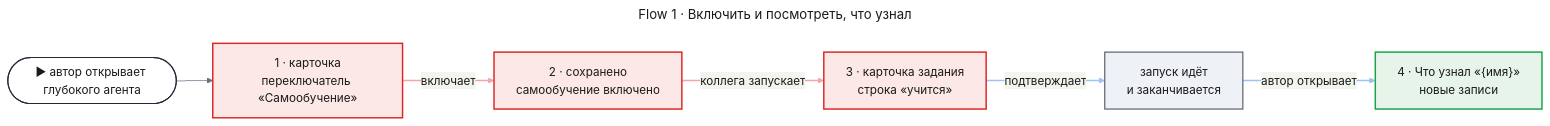
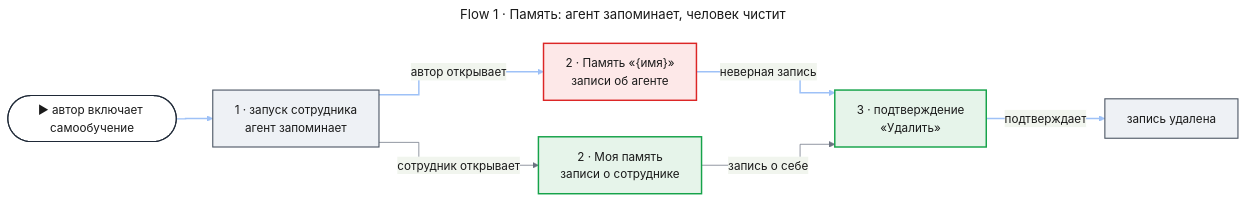
One commit to tundraray/agent-os changed the first of 3 diagrams in docs/features/self-learning/uxrd.md. Above: the diagram before and after it, drawn with Mermaid. The commit also changed other lines of this file and 37 other files, not shown here.

````diff
--- a/docs/features/self-learning/uxrd.md
+++ b/docs/features/self-learning/uxrd.md
@@ -55,46 +54,46 @@
 ```mermaid
 ---
-title: "Flow 1 · Включить и посмотреть, что узнал"
+title: "Flow 1 · Память: агент запоминает, человек чистит"
 config:
   theme: base
   look: classic
   themeVariables:
     primaryColor: "#eef1f5"
     primaryBorderColor: "#4b5563"
     primaryTextColor: "#1a1a1a"
     lineColor: "#6b7280"
   flowchart:
     curve: step
   themeCSS: |
-    @keyframes lit_sl1{0%,22.5%{stroke:#991b1b;stroke-width:6px}25%,100%{stroke:#f4a5a5;stroke-width:2px}}
-    @keyframes litr_sl1{0%,22.5%{stroke:#1d4ed8;stroke-width:6px}25%,100%{stroke:#9ec1f7;stroke-width:2px}}
+    @keyframes litr_slf1{0%,22.5%{stroke:#1d4ed8;stroke-width:6px}25%,100%{stroke:#9ec1f7;stroke-width:2px}}
 ---
 flowchart LR
-    entry(["▶ автор открывает глубокого агента"])
-    flag["1 · карточка<br/>переключатель «Самообучение»"]
-    saved["2 · сохранено<br/>самообучение включено"]
-    task["3 · карточка задания<br/>строка «учится»"]
-    run["запуск идёт<br/>и заканчивается"]
-    screen["4 · Что узнал «{имя}»<br/>новые записи"]
-    entry --> flag
-    flag e1@-->|"включает"| saved
-    saved e2@-->|"коллега запускает"| task
-    task e3@-->|"подтверждает"| run
-    run e4@-->|"автор открывает"| screen
+    entry(["▶ автор включает самообучение"])
+    run["1 · запуск сотрудника<br/>агент запоминает"]
+    agentmem["2 · Память «{имя}»<br/>записи об агенте"]
+    mymem["2 · Моя память<br/>записи о сотруднике"]
+    del["3 · подтверждение<br/>«Удалить»"]
+    done["запись удалена"]
+    entry e1@--> run
+    run e2@-->|"автор открывает"| agentmem
+    run -->|"сотрудник открывает"| mymem
+    agentmem e3@-->|"неверная запись"| del
+    mymem -->|"запись о себе"| del
+    del e4@-->|"подтверждает"| done
     classDef entry fill:#ffffff,stroke:#1f2937,stroke-width:1.5px,color:#1a1a1a
     classDef changed fill:#fde8e8,stroke:#dc2626,stroke-width:2px,color:#1a1a1a
     classDef new fill:#e6f4ea,stroke:#16a34a,stroke-width:2px,color:#1a1a1a
     classDef unchanged fill:#eef1f5,stroke:#4b5563,stroke-width:1.5px,color:#1a1a1a
-    classDef w1 stroke:#f4a5a5,stroke-width:2px,animation:lit_sl1 4.8s linear 0s infinite
-    classDef w2 stroke:#f4a5a5,stroke-width:2px,animation:lit_sl1 4.8s linear 1.2s infinite
-    classDef r1 stroke:#9ec1f7,stroke-width:2px,animation:litr_sl1 4.8s linear 2.4s infinite
-    classDef r2 stroke:#9ec1f7,stroke-width:2px,animation:litr_sl1 4.8s linear 3.6s infinite
+    classDef r1 stroke:#9ec1f7,stroke-width:2px,animation:litr_slf1 4.8s linear 0s infinite
+    classDef r2 stroke:#9ec1f7,stroke-width:2px,animation:litr_slf1 4.8s linear 1.2s infinite
+    classDef r3 stroke:#9ec1f7,stroke-width:2px,animation:litr_slf1 4.8s linear 2.4s infinite
+    classDef r4 stroke:#9ec1f7,stroke-width:2px,animation:litr_slf1 4.8s linear 3.6s infinite
     class entry entry
-    class flag,saved,task changed
-    class screen new
-    class run unchanged
-    class e1 w1
-    class e2 w2
-    class e3 r1
-    class e4 r2
+    class agentmem changed
+    class mymem,del new
+    class run,done unchanged
+    class e1 r1
+    class e2 r2
+    class e3 r3
+    class e4 r4
 ```
````
